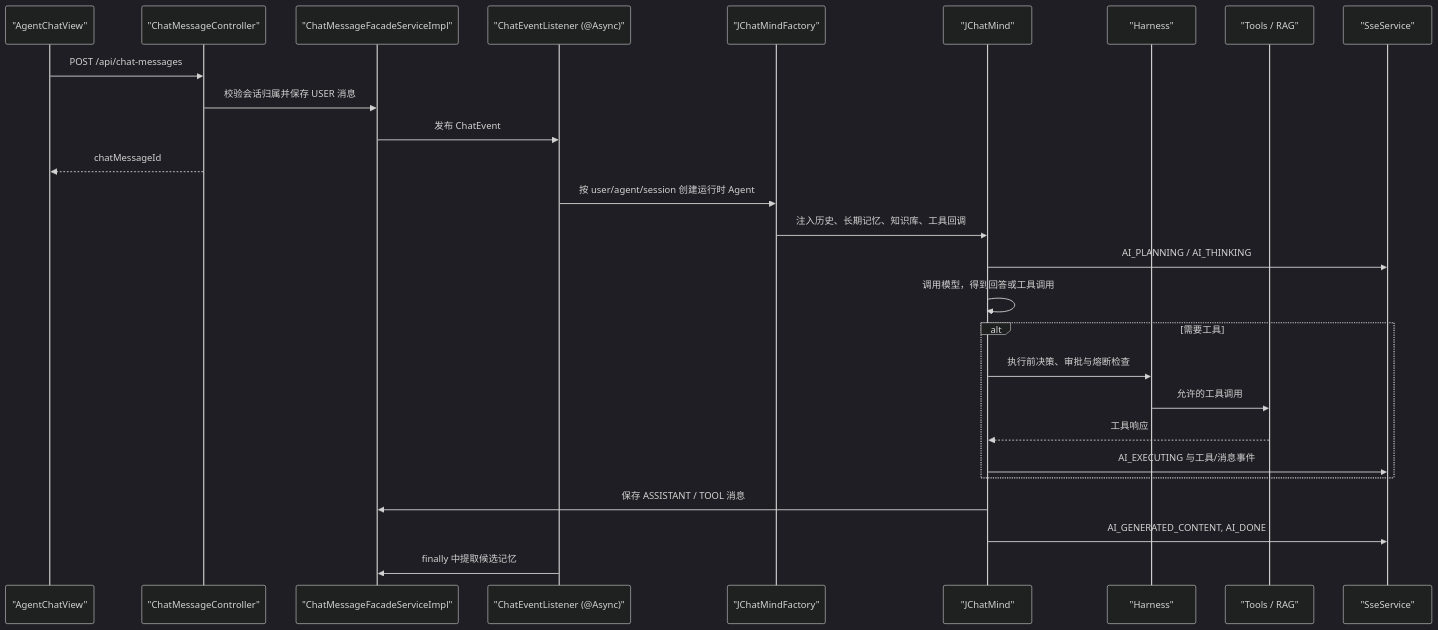
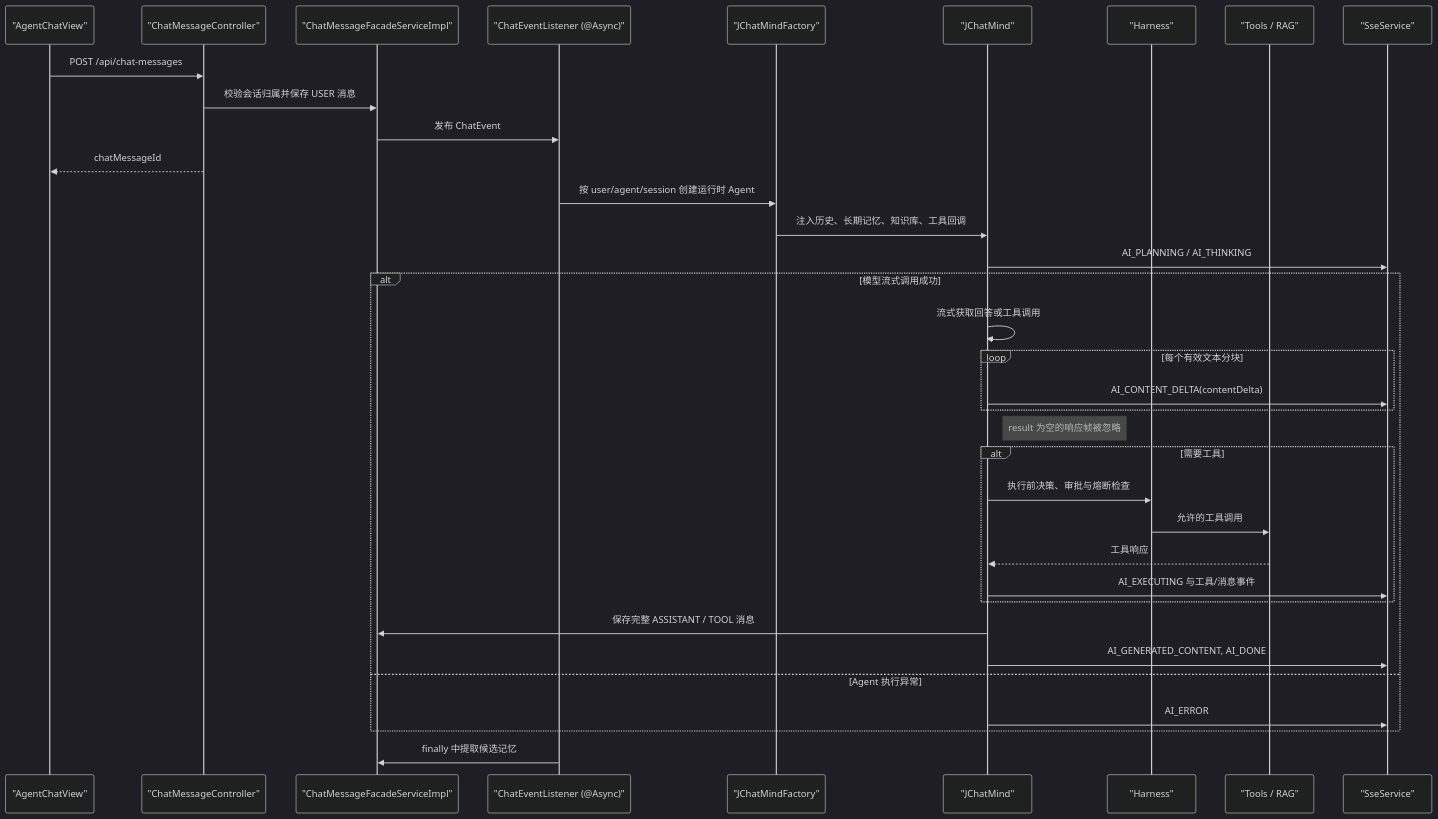
Before and after one commit to banxifu986-gif/JchatMind: the second of 6 diagrams in docs/项目架构与关键链路.md, drawn with Mermaid (dark theme). The commit also changed other lines of this file and 4 other files, not shown here.

````diff
--- a/docs/项目架构与关键链路.md
+++ b/docs/项目架构与关键链路.md
@@ -100,30 +100,38 @@
 ```mermaid
 sequenceDiagram
     participant UI as "AgentChatView"
     participant API as "ChatMessageController"
     participant MSG as "ChatMessageFacadeServiceImpl"
     participant EVT as "ChatEventListener (@Async)"
     participant F as "JChatMindFactory"
     participant A as "JChatMind"
     participant H as "Harness"
     participant T as "Tools / RAG"
     participant SSE as "SseService"
 
     UI->>API: POST /api/chat-messages
     API->>MSG: 校验会话归属并保存 USER 消息
     MSG->>EVT: 发布 ChatEvent
     API-->>UI: chatMessageId
     EVT->>F: 按 user/agent/session 创建运行时 Agent
     F->>A: 注入历史、长期记忆、知识库、工具回调
     A->>SSE: AI_PLANNING / AI_THINKING
-    A->>A: 调用模型，得到回答或工具调用
-    alt 需要工具
-        A->>H: 执行前决策、审批与熔断检查
-        H->>T: 允许的工具调用
-        T-->>A: 工具响应
-        A->>SSE: AI_EXECUTING 与工具/消息事件
+    alt 模型流式调用成功
+        A->>A: 流式获取回答或工具调用
+        loop 每个有效文本分块
+            A->>SSE: AI_CONTENT_DELTA(contentDelta)
+        end
+        Note right of A: result 为空的响应帧被忽略
+        alt 需要工具
+            A->>H: 执行前决策、审批与熔断检查
+            H->>T: 允许的工具调用
+            T-->>A: 工具响应
+            A->>SSE: AI_EXECUTING 与工具/消息事件
+        end
+        A->>MSG: 保存完整 ASSISTANT / TOOL 消息
+        A->>SSE: AI_GENERATED_CONTENT, AI_DONE
+    else Agent 执行异常
+        A->>SSE: AI_ERROR
     end
-    A->>MSG: 保存 ASSISTANT / TOOL 消息
-    A->>SSE: AI_GENERATED_CONTENT, AI_DONE
     EVT->>MSG: finally 中提取候选记忆
 ```
````
